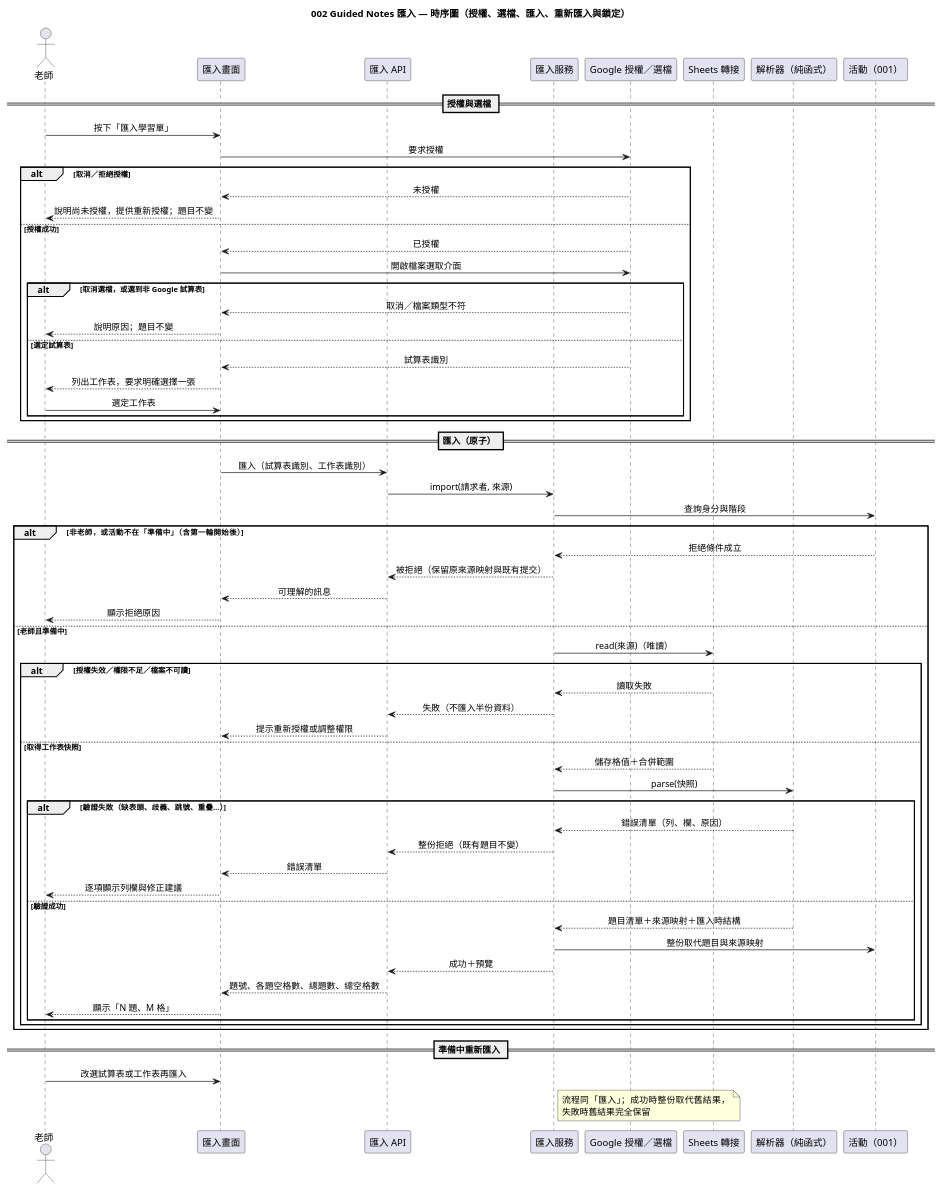
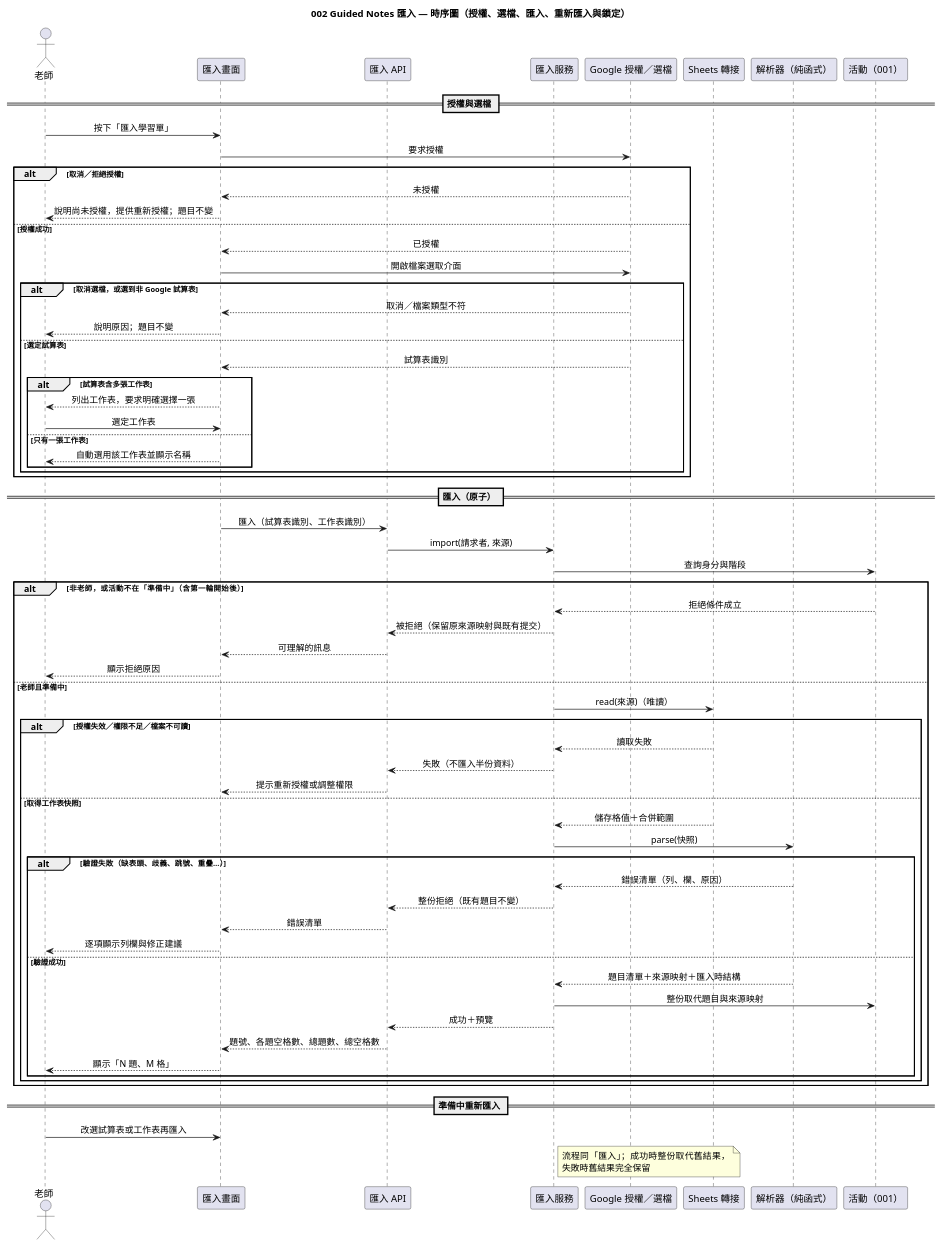
The diagram in diagrams/002-guided-notes-import-sequence.puml (EricC430/lecture-answer-first_group16_speckit), drawn with PlantUML before and after one commit. The commit also changed 8 other files, not shown here.

```diff
--- a/diagrams/002-guided-notes-import-sequence.puml
+++ b/diagrams/002-guided-notes-import-sequence.puml
@@ -1,70 +1,74 @@
 @startuml 002-guided-notes-import-sequence
 skinparam defaultFontName "Microsoft JhengHei"
 skinparam sequenceMessageAlign center
 title 002 Guided Notes 匯入 — 時序圖（授權、選檔、匯入、重新匯入與鎖定）
 
 actor "老師" as T
 participant "匯入畫面" as UI
 participant "匯入 API" as API
 participant "匯入服務" as S
 participant "Google 授權／選檔" as G
 participant "Sheets 轉接" as SA
 participant "解析器（純函式）" as P
 participant "活動（001）" as A
 
 == 授權與選檔 ==
 T -> UI : 按下「匯入學習單」
 UI -> G : 要求授權
 alt 取消／拒絕授權
   G --> UI : 未授權
   UI --> T : 說明尚未授權，提供重新授權；題目不變
 else 授權成功
   G --> UI : 已授權
   UI -> G : 開啟檔案選取介面
   alt 取消選檔，或選到非 Google 試算表
     G --> UI : 取消／檔案類型不符
     UI --> T : 說明原因；題目不變
   else 選定試算表
     G --> UI : 試算表識別
-    UI --> T : 列出工作表，要求明確選擇一張
-    T -> UI : 選定工作表
+    alt 試算表含多張工作表
+      UI --> T : 列出工作表，要求明確選擇一張
+      T -> UI : 選定工作表
+    else 只有一張工作表
+      UI --> T : 自動選用該工作表並顯示名稱
+    end
   end
 end
 
 == 匯入（原子） ==
 UI -> API : 匯入（試算表識別、工作表識別）
 API -> S : import(請求者, 來源)
 S -> A : 查詢身分與階段
 alt 非老師，或活動不在「準備中」（含第一輪開始後）
   A --> S : 拒絕條件成立
   S --> API : 被拒絕（保留原來源映射與既有提交）
   API --> UI : 可理解的訊息
   UI --> T : 顯示拒絕原因
 else 老師且準備中
   S -> SA : read(來源)（唯讀）
   alt 授權失效／權限不足／檔案不可讀
     SA --> S : 讀取失敗
     S --> API : 失敗（不匯入半份資料）
     API --> UI : 提示重新授權或調整權限
   else 取得工作表快照
     SA --> S : 儲存格值＋合併範圍
     S -> P : parse(快照)
     alt 驗證失敗（缺表頭、歧義、跳號、重疊…）
       P --> S : 錯誤清單（列、欄、原因）
       S --> API : 整份拒絕（既有題目不變）
       API --> UI : 錯誤清單
       UI --> T : 逐項顯示列欄與修正建議
     else 驗證成功
       P --> S : 題目清單＋來源映射＋匯入時結構
       S -> A : 整份取代題目與來源映射
       S --> API : 成功＋預覽
       API --> UI : 題號、各題空格數、總題數、總空格數
       UI --> T : 顯示「N 題、M 格」
     end
   end
 end
 
 == 準備中重新匯入 ==
 T -> UI : 改選試算表或工作表再匯入
 note right of S : 流程同「匯入」；成功時整份取代舊結果，\n失敗時舊結果完全保留
 @enduml
```
